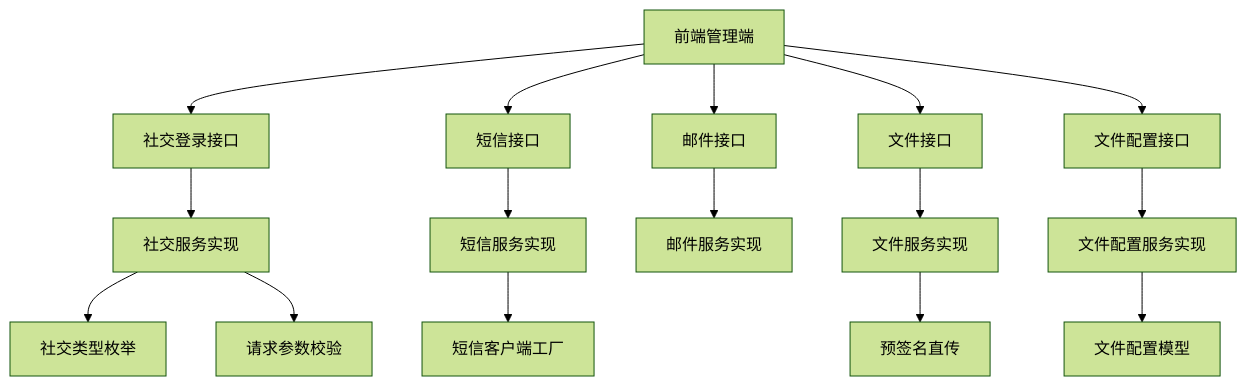
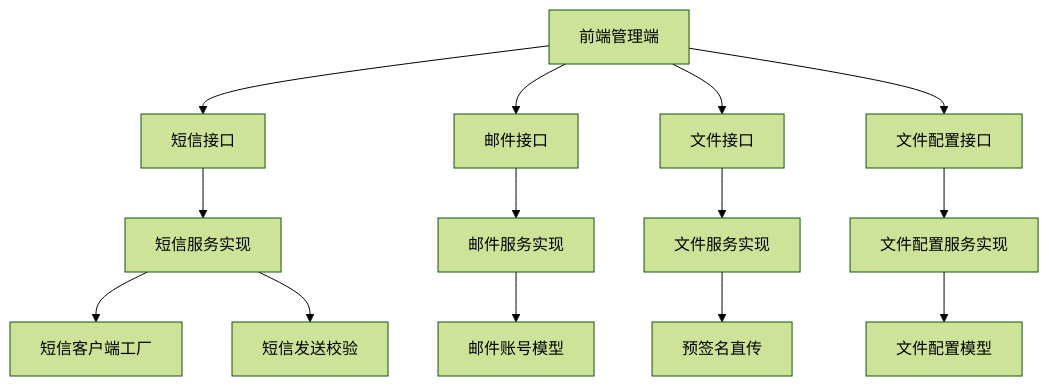
The second of 5 diagrams in .qoder/repowiki/zh/content/扩展开发/第三方系统集成/第三方系统集成.md (xiaoche80s-tech/rouyi-vue-pro), drawn with Mermaid (forest theme) before and after one commit. The commit also changed other lines of this file and 515 other files, not shown here.

````diff
--- a/.qoder/repowiki/zh/content/扩展开发/第三方系统集成/第三方系统集成.md
+++ b/.qoder/repowiki/zh/content/扩展开发/第三方系统集成/第三方系统集成.md
@@ -132,18 +123,16 @@
 ```mermaid
 graph TB
-FE["前端管理端"] --> API_SOCIAL["社交登录接口"]
-FE --> API_SMS["短信接口"]
+FE["前端管理端"] --> API_SMS["短信接口"]
 FE --> API_MAIL["邮件接口"]
 FE --> API_FILE["文件接口"]
 FE --> API_FILE_CONFIG["文件配置接口"]
-API_SOCIAL --> SVC_SOCIAL["社交服务实现"]
 API_SMS --> SVC_SMS["短信服务实现"]
 API_MAIL --> SVC_MAIL["邮件服务实现"]
 API_FILE --> SVC_FILE["文件服务实现"]
 API_FILE_CONFIG --> SVC_FILE_CONFIG["文件配置服务实现"]
-SVC_SOCIAL --> ENUM_SOCIAL["社交类型枚举"]
-SVC_SOCIAL --> VALIDATE_REQ["请求参数校验"]
 SVC_SMS --> FACTORY_SMS["短信客户端工厂"]
+SVC_SMS --> VALIDATE_SMS["短信发送校验"]
+SVC_MAIL --> MODEL_MAIL["邮件账号模型"]
 SVC_FILE_CONFIG --> MODEL_FILE_CONFIG["文件配置模型"]
 SVC_FILE --> PRESIGN_URL["预签名直传"]
 ```
````
